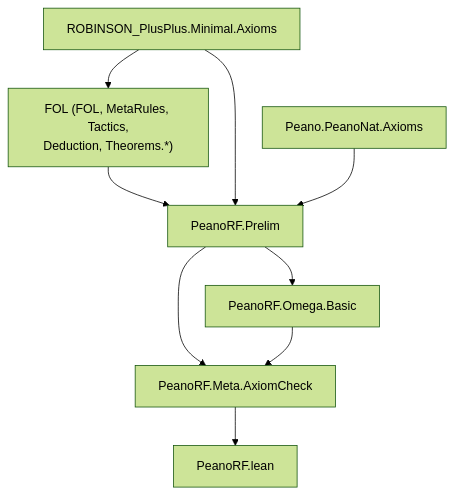
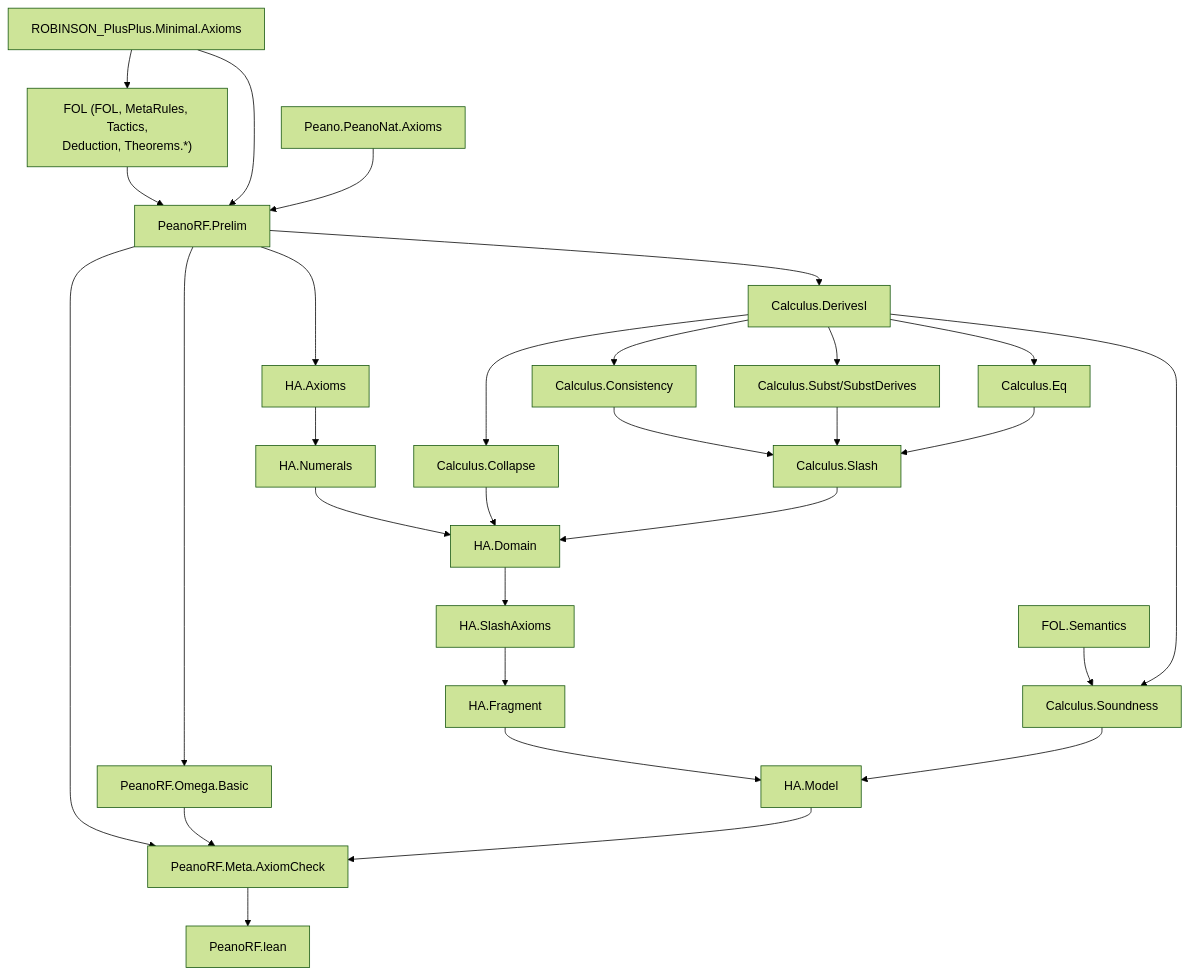
The diagram in REFERENCE.md (julian1c2a/PeanoRF), drawn with Mermaid (forest theme) before and after one commit. The commit also changed other lines of this file and 2 other files, not shown here.

````diff
--- a/REFERENCE.md
+++ b/REFERENCE.md
@@ -120,11 +130,31 @@
 ```mermaid
 graph TD
     FOL["FOL (FOL, MetaRules, Tactics,<br/>Deduction, Theorems.*)"] --> P[PeanoRF.Prelim]
     RPP[ROBINSON_PlusPlus.Minimal.Axioms] --> P
     PL[Peano.PeanoNat.Axioms] --> P
     RPP --> FOL
     P --> OM[PeanoRF.Omega.Basic]
+    P --> DI[Calculus.DerivesI]
+    DI --> CE[Calculus.Eq]
+    DI --> CC[Calculus.Collapse]
+    DI --> CS[Calculus.Subst/SubstDerives]
+    DI --> CN[Calculus.Consistency]
+    SEM["FOL.Semantics"] --> SO[Calculus.Soundness]
+    DI --> SO
+    CN --> SL[Calculus.Slash]
+    CS --> SL
+    CE --> SL
+    P --> HAX[HA.Axioms]
+    HAX --> HN[HA.Numerals]
+    HN --> HD[HA.Domain]
+    CC --> HD
+    SL --> HD
+    HD --> HS[HA.SlashAxioms]
+    HS --> HF[HA.Fragment]
+    HF --> HM[HA.Model]
+    SO --> HM
     P --> AC[PeanoRF.Meta.AxiomCheck]
     OM --> AC
+    HM --> AC
     AC --> R[PeanoRF.lean]
 ```
````
